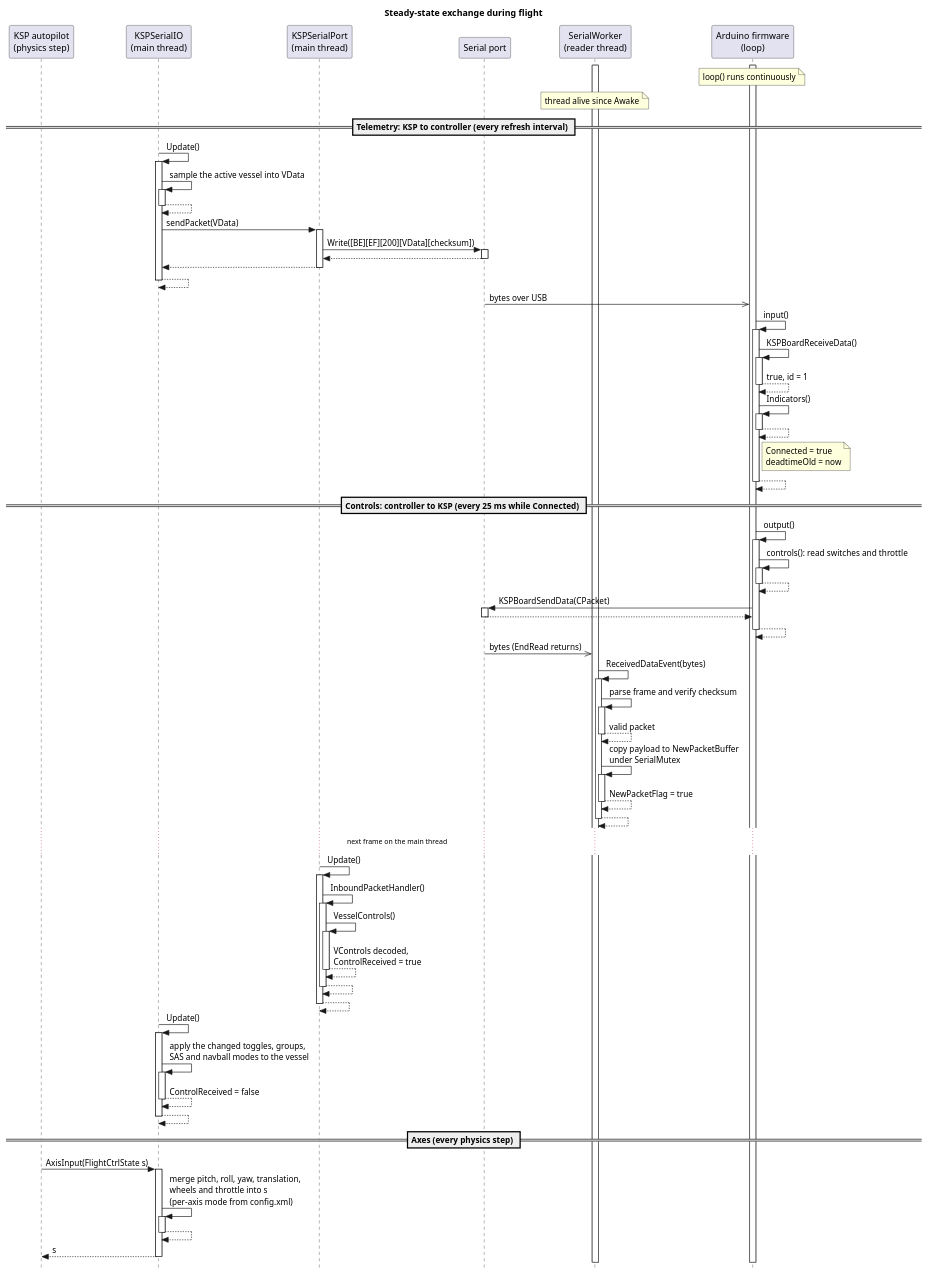
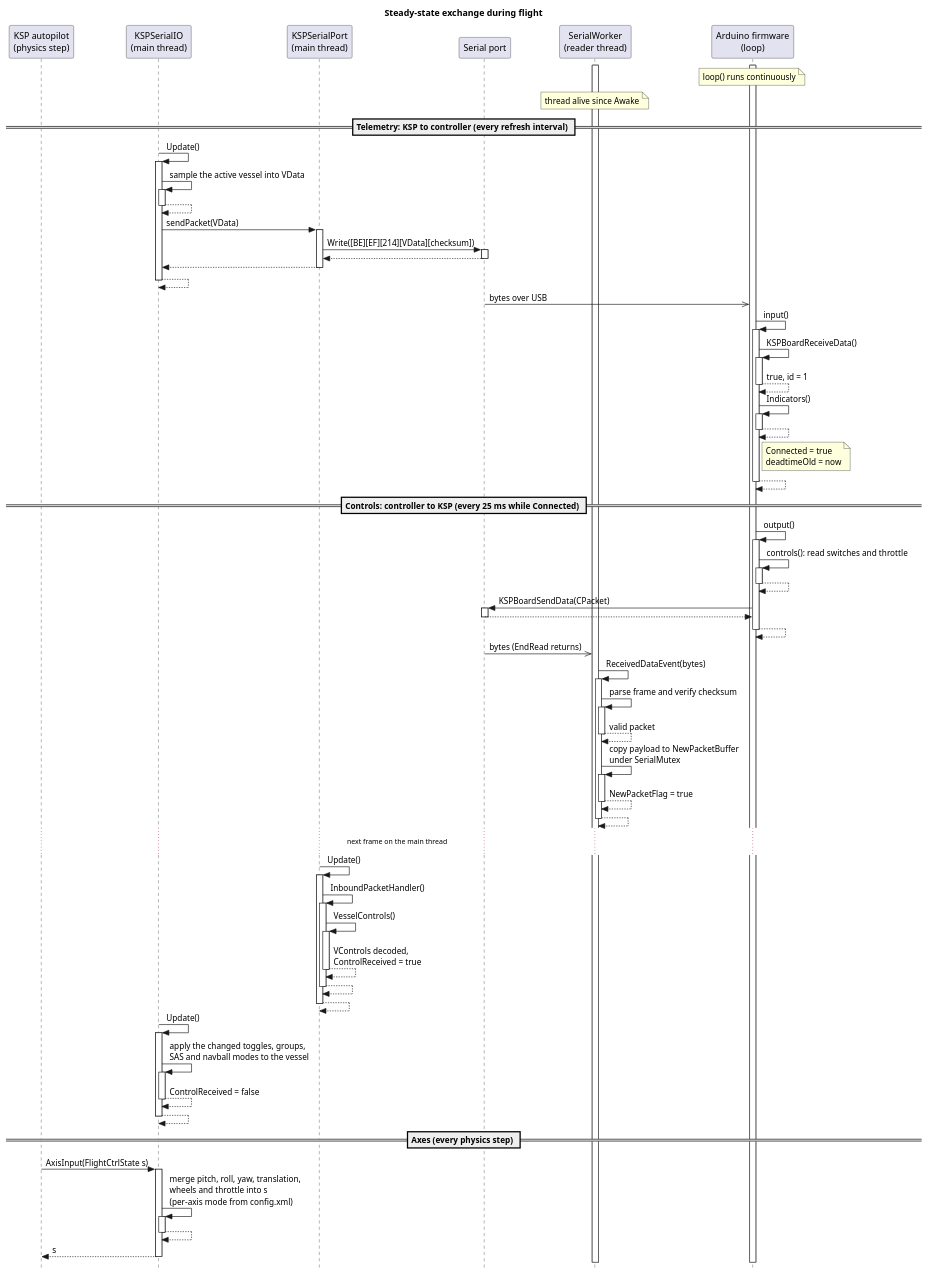
Before and after one commit to AlaNLrdE/KSPKontroller: the diagram in docs/diagrams/seq_runtime.puml, drawn with PlantUML. The commit also changed 5 other files, not shown here.

```diff
--- a/docs/diagrams/seq_runtime.puml
+++ b/docs/diagrams/seq_runtime.puml
@@ -1,74 +1,74 @@
 @startuml seq_runtime
 title Steady-state exchange during flight
 
 skinparam style strictuml
 skinparam sequenceMessageAlign left
 skinparam responseMessageBelowArrow true
 
 participant "KSP autopilot\n(physics step)" as AP
 participant "KSPSerialIO\n(main thread)" as IO
 participant "KSPSerialPort\n(main thread)" as SP
 participant "Serial port" as Port
 participant "SerialWorker\n(reader thread)" as Worker
 participant "Arduino firmware\n(loop)" as FW
 
 note over FW : loop() runs continuously
 activate FW
 note over Worker : thread alive since Awake
 activate Worker
 
 == Telemetry: KSP to controller (every refresh interval) ==
 IO -> IO ++ : Update()
 IO -> IO ++ : sample the active vessel into VData
 return
 IO -> SP ++ : sendPacket(VData)
-SP -> Port ++ : Write([BE][EF][200][VData][checksum])
+SP -> Port ++ : Write([BE][EF][214][VData][checksum])
 return
 return
 return
 
 Port ->> FW : bytes over USB
 FW -> FW ++ : input()
 FW -> FW ++ : KSPBoardReceiveData()
 return true, id = 1
 FW -> FW ++ : Indicators()
 return
 note right of FW : Connected = true\ndeadtimeOld = now
 return
 
 == Controls: controller to KSP (every 25 ms while Connected) ==
 FW -> FW ++ : output()
 FW -> FW ++ : controls(): read switches and throttle
 return
 FW -> Port ++ : KSPBoardSendData(CPacket)
 return
 return
 
 Port ->> Worker : bytes (EndRead returns)
 Worker -> Worker ++ : ReceivedDataEvent(bytes)
 Worker -> Worker ++ : parse frame and verify checksum
 return valid packet
 Worker -> Worker ++ : copy payload to NewPacketBuffer\nunder SerialMutex
 return NewPacketFlag = true
 return
 
 ... next frame on the main thread ...
 
 SP -> SP ++ : Update()
 SP -> SP ++ : InboundPacketHandler()
 SP -> SP ++ : VesselControls()
 return VControls decoded,\nControlReceived = true
 return
 return
 
 IO -> IO ++ : Update()
 IO -> IO ++ : apply the changed toggles, groups,\nSAS and navball modes to the vessel
 return ControlReceived = false
 return
 
 == Axes (every physics step) ==
 AP -> IO ++ : AxisInput(FlightCtrlState s)
 IO -> IO ++ : merge pitch, roll, yaw, translation,\nwheels and throttle into s\n(per-axis mode from config.xml)
 return
 return s
 @enduml
```
